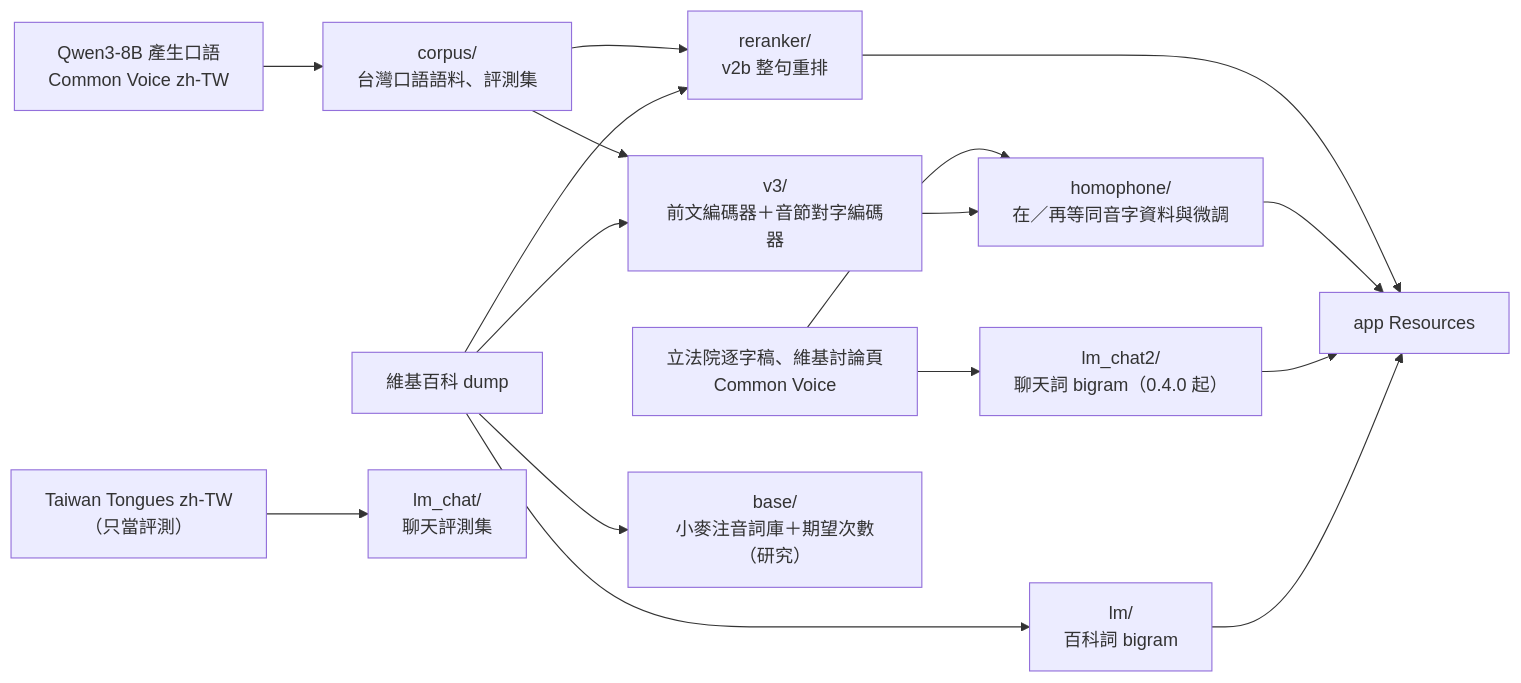
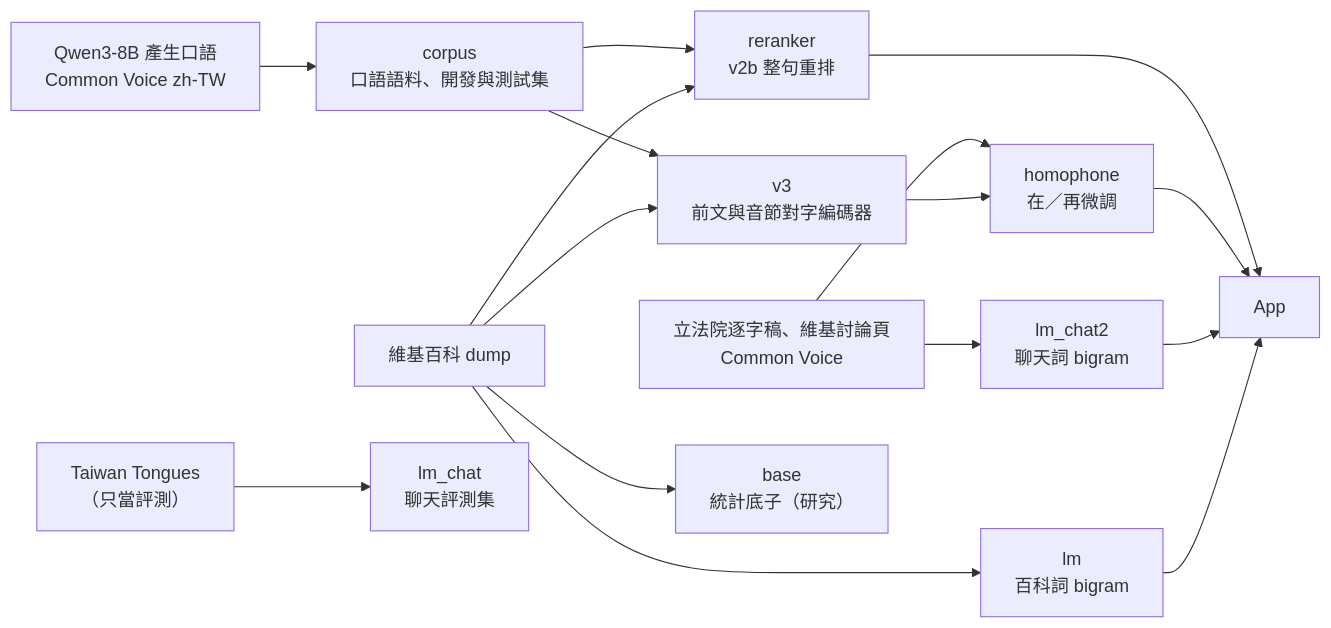
One commit to henry753951/ZhuyinType changed the diagram in nlp/training/README.md. Above: the diagram before and after it, drawn with Mermaid. The commit also changed other lines of this file and 264 other files, not shown here.

````diff
--- a/nlp/training/README.md
+++ b/nlp/training/README.md
@@ -5,18 +24,18 @@
 ```mermaid
 flowchart LR
-    W["維基百科 dump"] --> LM["lm/<br/>百科詞 bigram"]
-    Q["Qwen3-8B 產生口語<br/>Common Voice zh-TW"] --> CO["corpus/<br/>台灣口語語料、評測集"]
-    TT["Taiwan Tongues zh-TW<br/>（只當評測）"] --> CH["lm_chat/<br/>聊天評測集"]
-    LY["立法院逐字稿、維基討論頁<br/>Common Voice"] --> C2["lm_chat2/<br/>聊天詞 bigram（0.4.0 起）"]
-    W --> RR["reranker/<br/>v2b 整句重排"]
+    W["維基百科 dump"] --> LM["lm<br/>百科詞 bigram"]
+    Q["Qwen3-8B 產生口語<br/>Common Voice zh-TW"] --> CO["corpus<br/>口語語料、開發與測試集"]
+    TT["Taiwan Tongues<br/>（只當評測）"] --> CH["lm_chat<br/>聊天評測集"]
+    LY["立法院逐字稿、維基討論頁<br/>Common Voice"] --> C2["lm_chat2<br/>聊天詞 bigram"]
+    W --> RR["reranker<br/>v2b 整句重排"]
     CO --> RR
-    W --> V3["v3/<br/>前文編碼器＋音節對字編碼器"]
+    W --> V3["v3<br/>前文與音節對字編碼器"]
     CO --> V3
-    V3 --> HO["homophone/<br/>在／再等同音字資料與微調"]
+    V3 --> HO["homophone<br/>在／再微調"]
     LY --> HO
-    W --> BA["base/<br/>小麥注音詞庫＋期望次數（研究）"]
-    LM --> APP["app Resources"]
+    W --> BA["base<br/>統計底子（研究）"]
+    LM --> APP["App"]
     C2 --> APP
     HO --> APP
     RR --> APP
 ```
````
